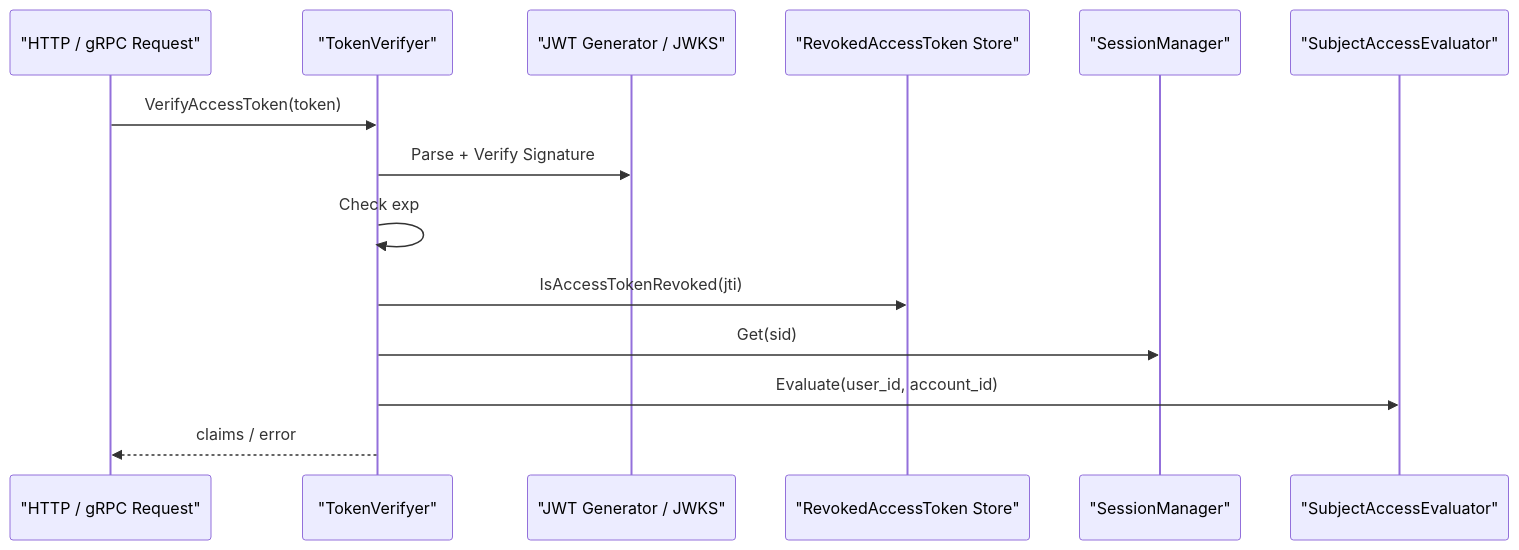
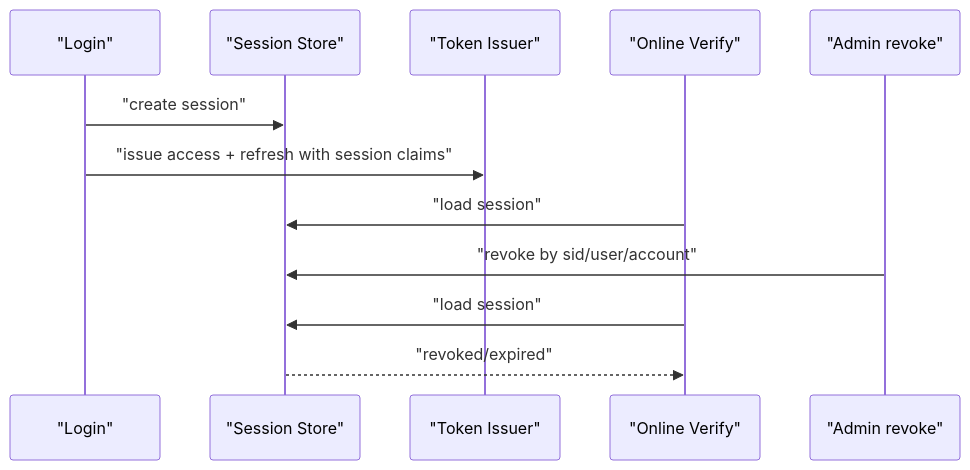
Before and after one commit to FangcunMount/iam: the second of 3 diagrams in docs/05-专题分析/02-IAM认证语义拆层--用户状态&会话&Token边界.md, drawn with Mermaid. The commit also changed other lines of this file and 61 other files, not shown here.

````diff
--- a/docs/05-专题分析/02-IAM认证语义拆层--用户状态&会话&Token边界.md
+++ b/docs/05-专题分析/02-IAM认证语义拆层--用户状态&会话&Token边界.md
@@ -166,17 +61,15 @@
 ```mermaid
 sequenceDiagram
-    participant Req as "HTTP / gRPC Request"
-    participant Verify as "TokenVerifyer"
-    participant JWT as "JWT Generator / JWKS"
-    participant Revoke as "RevokedAccessToken Store"
-    participant Session as "SessionManager"
-    participant Subject as "SubjectAccessEvaluator"
+    participant Login as "Login"
+    participant Session as "Session Store"
+    participant Token as "Token Issuer"
+    participant Verify as "Online Verify"
+    participant Admin as "Admin revoke"
 
-    Req->>Verify: VerifyAccessToken(token)
-    Verify->>JWT: Parse + Verify Signature
-    Verify->>Verify: Check exp
-    Verify->>Revoke: IsAccessTokenRevoked(jti)
-    Verify->>Session: Get(sid)
-    Verify->>Subject: Evaluate(user_id, account_id)
-    Verify-->>Req: claims / error
+    Login->>Session: "create session"
+    Login->>Token: "issue access + refresh with session claims"
+    Verify->>Session: "load session"
+    Admin->>Session: "revoke by sid/user/account"
+    Verify->>Session: "load session"
+    Session-->>Verify: "revoked/expired"
 ```
````
